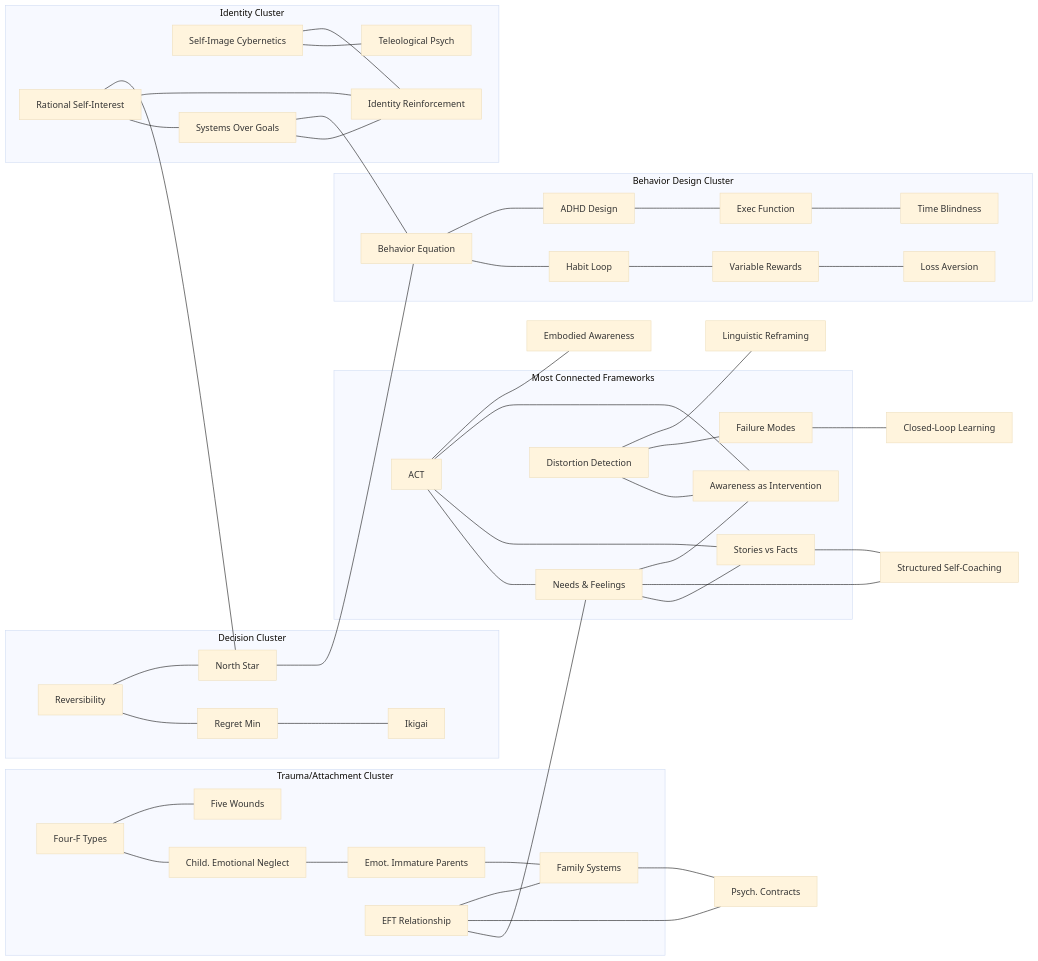
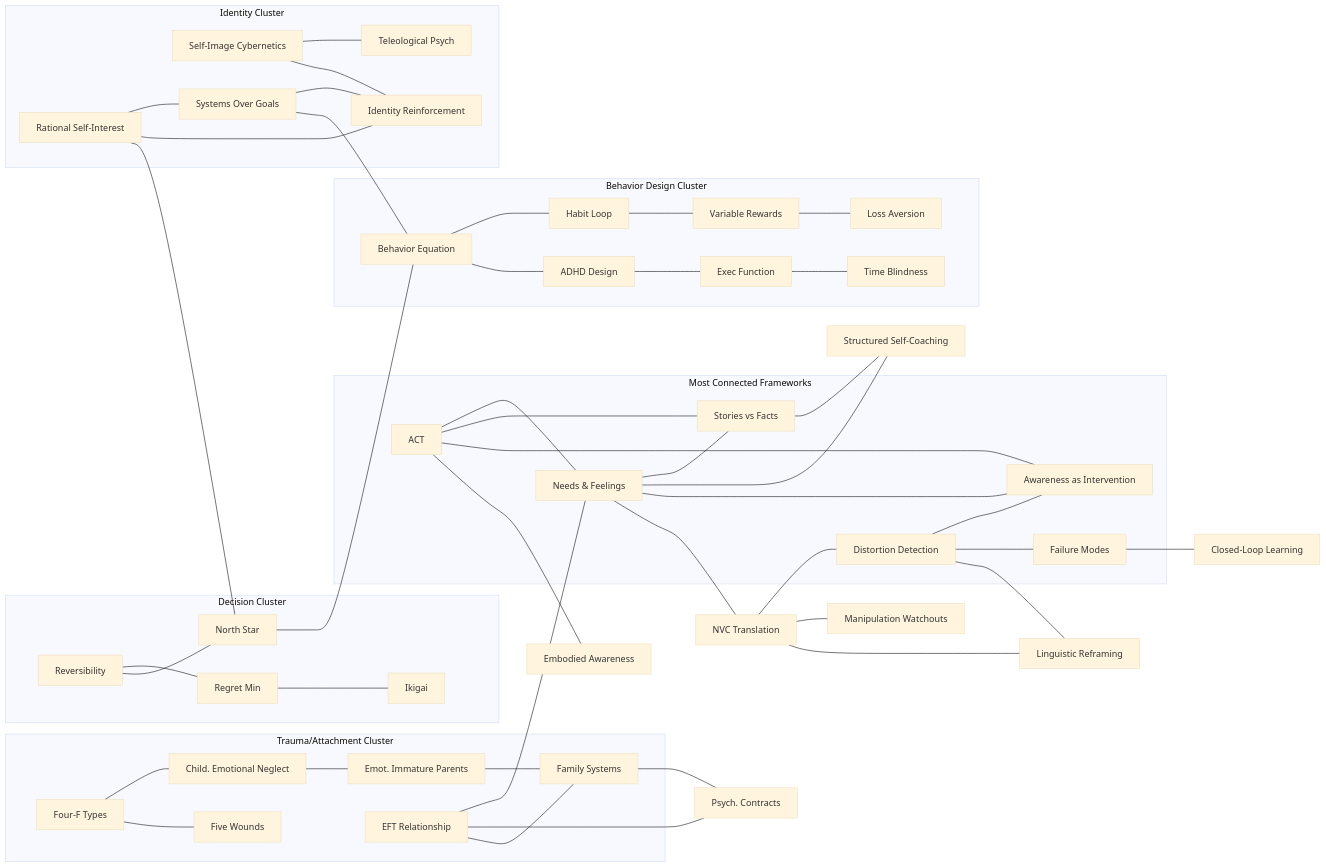
The third of 3 diagrams in FRAMEWORK-MAP.md (TaylorONeal/mirror-palace), drawn with Mermaid (base theme) before and after one commit. The commit also changed other lines of this file and 15 other files, not shown here.

```diff
--- a/FRAMEWORK-MAP.md
+++ b/FRAMEWORK-MAP.md
@@ -405,9 +406,13 @@
     NFC --- SVF
     NFC --- SSC["Structured Self-Coaching"]
     NFC --- AAI
+    NFC --- NVCT["NVC Translation"]
+    NVCT --- DD
+    NVCT --- MW["Manipulation Watchouts"]
     DD --- AAI
     DD --- FM
     DD --- LR["Linguistic Reframing"]
+    NVCT --- LR
     FM --- CLL["Closed-Loop Learning"]
     SVF --- SSC
 
```
